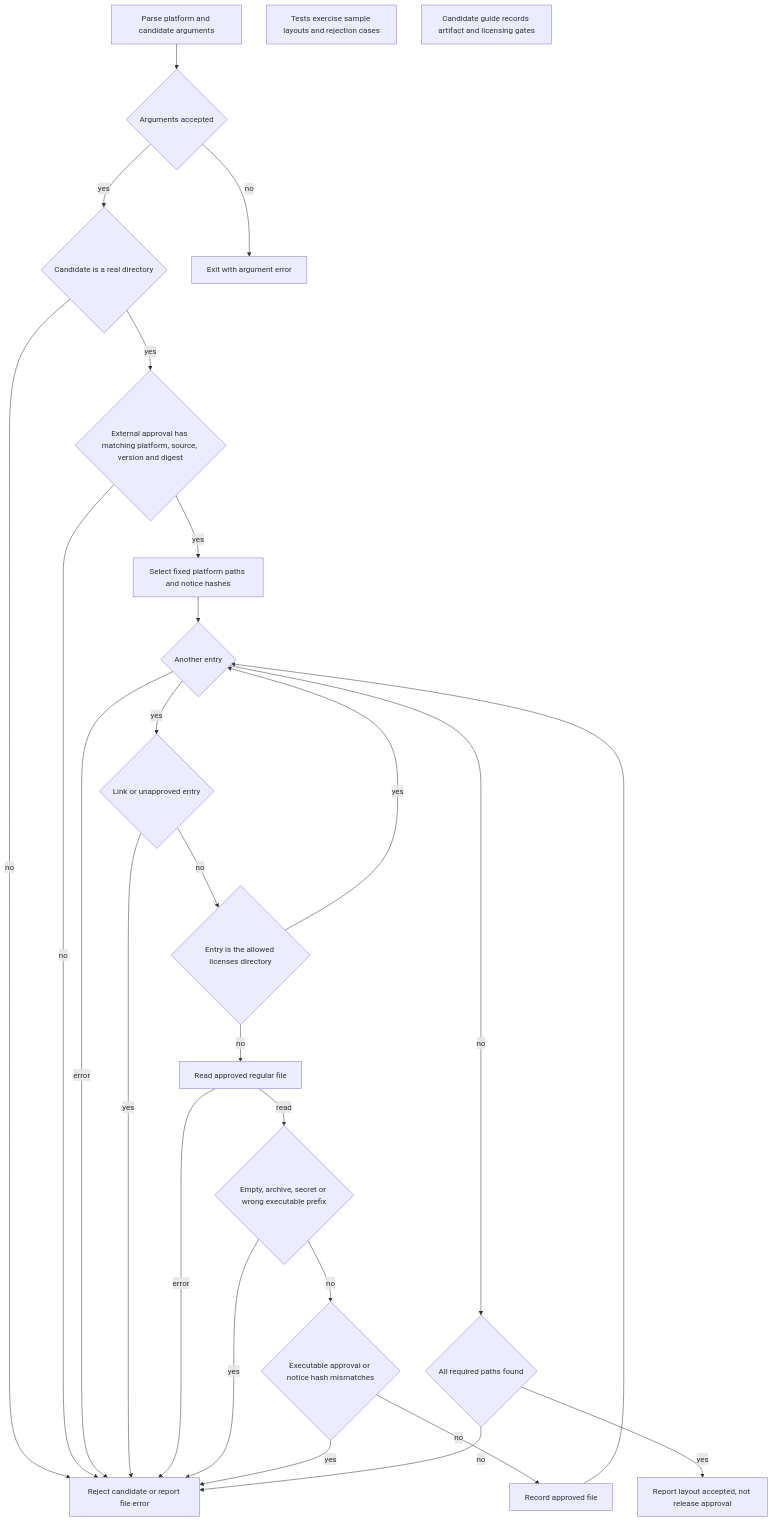
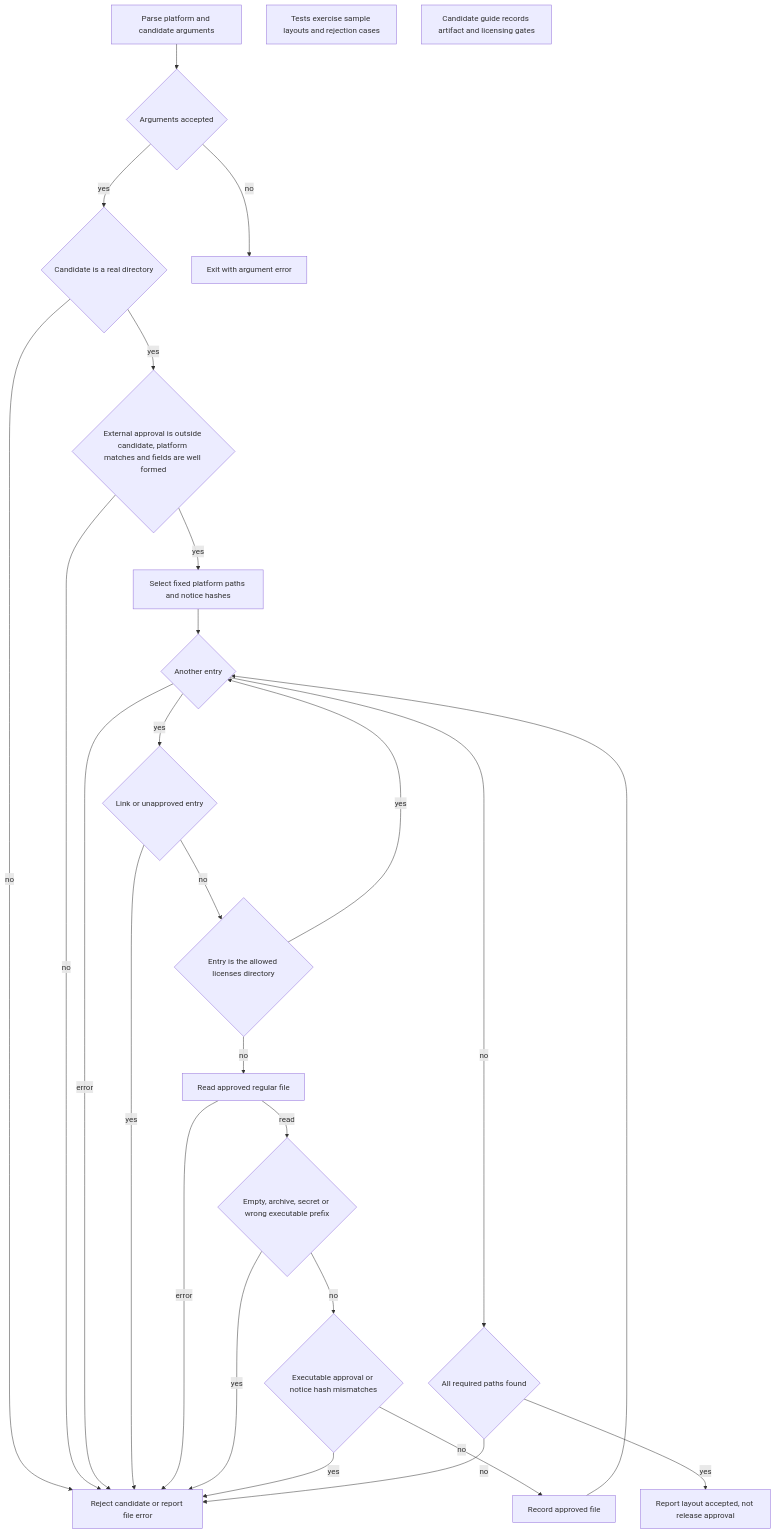
The diagram in docs/flows/sender.release-inspection.mmd (KarlSideProjects/hwmonitor-mqtt), drawn with Mermaid before and after one commit. The commit also changed 3 other files, not shown here.

Commit message:
docs: correct approval flow and record reviews

```diff
--- a/docs/flows/sender.release-inspection.mmd
+++ b/docs/flows/sender.release-inspection.mmd
@@ -1,43 +1,43 @@
 flowchart TD
     A["Parse platform and candidate arguments"]
     B{"Arguments accepted"}
     C{"Candidate is a real directory"}
-    R{"External approval has matching platform, source, version and digest"}
+    R{"External approval is outside candidate, platform matches and fields are well formed"}
     D["Select fixed platform paths and notice hashes"]
     E{"Another entry"}
     F{"Link or unapproved entry"}
     G{"Entry is the allowed licenses directory"}
     H["Read approved regular file"]
     I{"Empty, archive, secret or wrong executable prefix"}
     J{"Executable approval or notice hash mismatches"}
     K["Record approved file"]
     L{"All required paths found"}
     M["Report layout accepted, not release approval"]
     N["Reject candidate or report file error"]
     O["Exit with argument error"]
     P["Tests exercise sample layouts and rejection cases"]
     Q["Candidate guide records artifact and licensing gates"]
     A --> B
     B -->|no| O
     B -->|yes| C
     C -->|no| N
     C -->|yes| R
     R -->|no| N
     R -->|yes| D
     D --> E
     E -->|error| N
     E -->|yes| F
     F -->|yes| N
     F -->|no| G
     G -->|yes| E
     G -->|no| H
     H -->|error| N
     H -->|read| I
     I -->|yes| N
     I -->|no| J
     J -->|yes| N
     J -->|no| K
     K --> E
     E -->|no| L
     L -->|no| N
     L -->|yes| M
```
